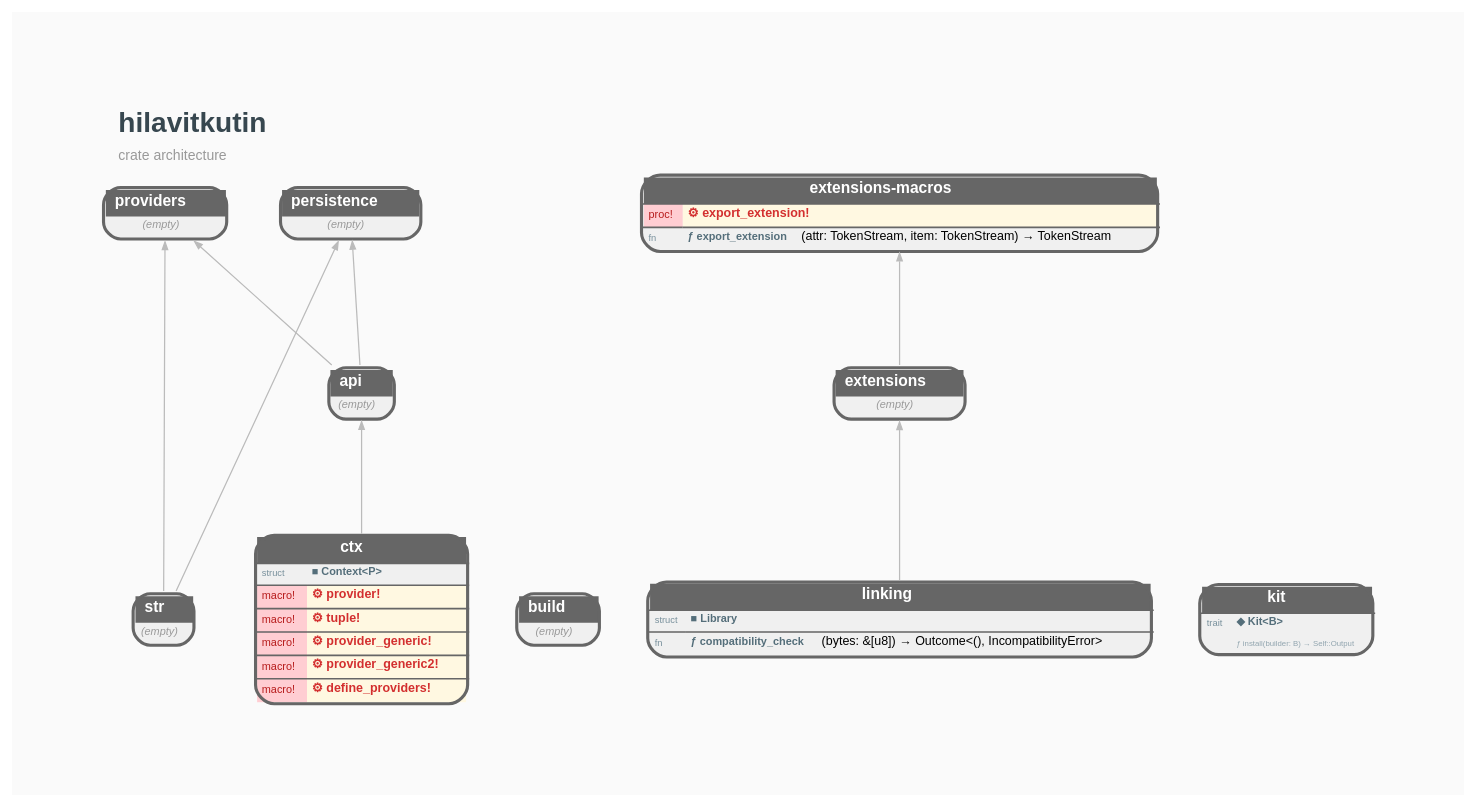
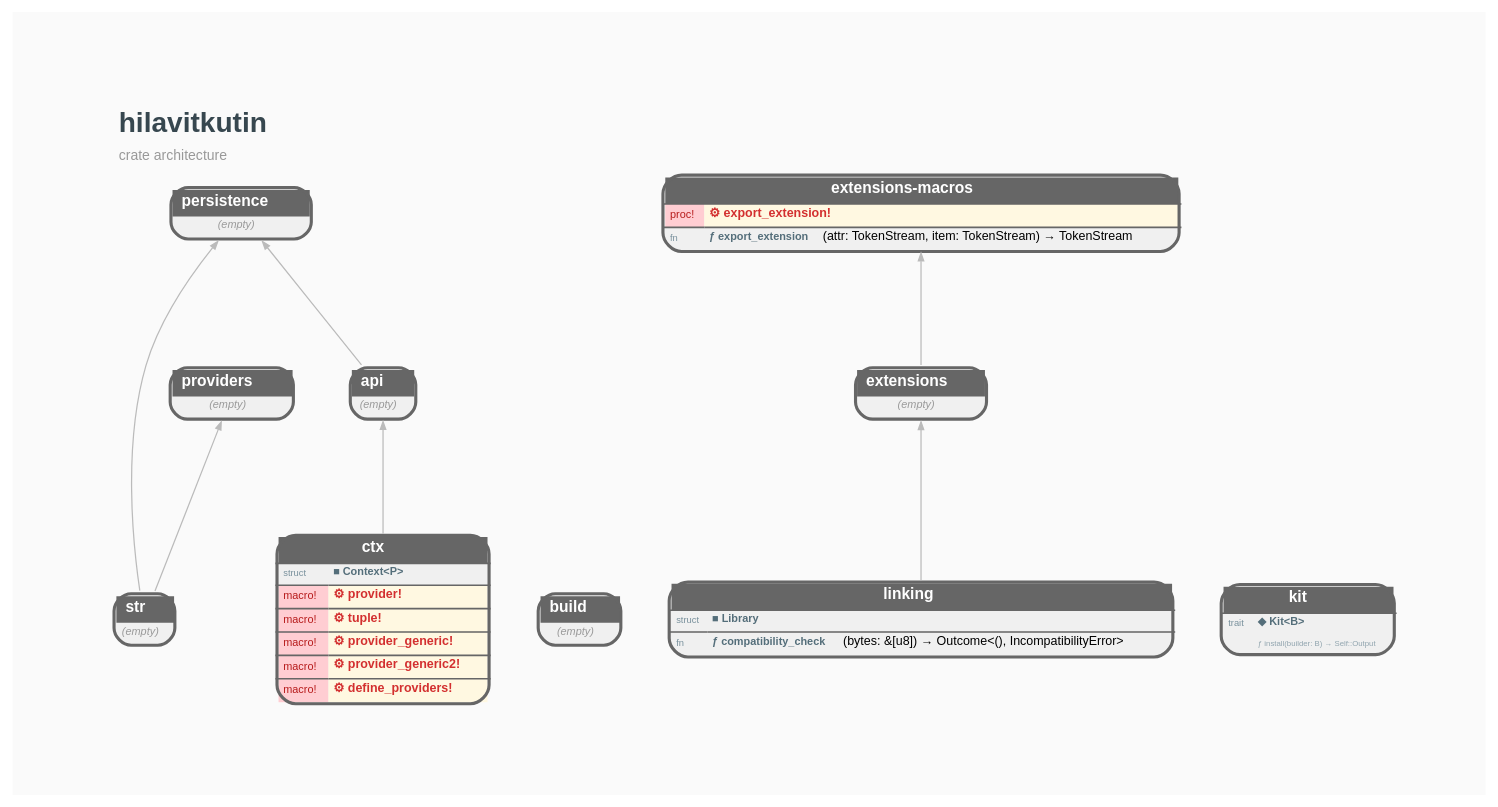
One commit to orgrinrt/hilavitkutin changed the diagram in docs/mock_crate_deps.dot. Above: the diagram before and after it, drawn with Graphviz. The commit also changed 28 other files, not shown here.

Commit message:
feat: hilavitkutin-providers v0.1 InternerKit + BuilderResource bridge (#329)

```diff
--- a/docs/mock_crate_deps.dot
+++ b/docs/mock_crate_deps.dot
@@ -1,45 +1,45 @@
 // AUTO-GENERATED — DO NOT EDIT DIRECTLY
 //
 // Generated by: mockspace (mock)
-// Generated at: 2026-05-04T13:49:11Z
+// Generated at: 2026-05-04T13:56:08Z
 // Source: mock/
 // To regenerate: cargo mock
 
 digraph hilavitkutin {
     rankdir=BT;
     newrank=true;
     bgcolor="#FAFAFA";
     graph [fontname="Helvetica", fontsize=10, pad=0.8, nodesep=0.4, ranksep=1.0];
     node [fontname="Helvetica", fontsize=8];
     edge [fontname="Helvetica", fontsize=7, color="#BBBBBB", arrowsize=0.5, penwidth=0.8];
 
     labelloc=t;
     labeljust=l;
     label=<<TABLE BORDER="0" CELLBORDER="0" CELLSPACING="0"><TR><TD ALIGN="LEFT"><FONT POINT-SIZE="18" COLOR="#37474F"><B>hilavitkutin</B></FONT></TD></TR><TR><TD ALIGN="LEFT"><FONT POINT-SIZE="9" COLOR="#999999">crate architecture</FONT></TD></TR></TABLE>>;
 
     hilavitkutin_api [shape=none, margin=0, label=<<TABLE BORDER="2" CELLBORDER="0" CELLSPACING="0" CELLPADDING="3" BGCOLOR="#F0F0F0" COLOR="#666666" STYLE="ROUNDED"><TR><TD COLSPAN="2" BGCOLOR="#666666" ALIGN="CENTER"><FONT COLOR="white" POINT-SIZE="10"><B>  api  </B></FONT></TD></TR><TR><TD COLSPAN="2"><FONT COLOR="#999999" POINT-SIZE="7"><I>(empty)</I></FONT></TD></TR></TABLE>>];
     hilavitkutin_build [shape=none, margin=0, label=<<TABLE BORDER="2" CELLBORDER="0" CELLSPACING="0" CELLPADDING="3" BGCOLOR="#F0F0F0" COLOR="#666666" STYLE="ROUNDED"><TR><TD COLSPAN="2" BGCOLOR="#666666" ALIGN="CENTER"><FONT COLOR="white" POINT-SIZE="10"><B>  build  </B></FONT></TD></TR><TR><TD COLSPAN="2"><FONT COLOR="#999999" POINT-SIZE="7"><I>(empty)</I></FONT></TD></TR></TABLE>>];
     hilavitkutin_ctx [shape=none, margin=0, label=<<TABLE BORDER="2" CELLBORDER="0" CELLSPACING="0" CELLPADDING="3" BGCOLOR="#F0F0F0" COLOR="#666666" STYLE="ROUNDED"><TR><TD COLSPAN="2" BGCOLOR="#666666" ALIGN="CENTER"><FONT COLOR="white" POINT-SIZE="10"><B>  ctx  </B></FONT></TD></TR><HR/><TR><TD ALIGN="LEFT"><FONT COLOR="#78909C" POINT-SIZE="6">struct</FONT></TD><TD ALIGN="LEFT" PORT="p_Context"><FONT COLOR="#546E7A" POINT-SIZE="7"><B>■ Context&lt;P&gt;</B></FONT></TD></TR><HR/><TR><TD ALIGN="LEFT" BGCOLOR="#FFCDD2"><FONT COLOR="#B71C1C" POINT-SIZE="7">macro!</FONT></TD><TD ALIGN="LEFT" BGCOLOR="#FFF8E1" PORT="p_provider"><FONT COLOR="#D32F2F"><B>⚙ provider!</B></FONT></TD></TR><HR/><TR><TD ALIGN="LEFT" BGCOLOR="#FFCDD2"><FONT COLOR="#B71C1C" POINT-SIZE="7">macro!</FONT></TD><TD ALIGN="LEFT" BGCOLOR="#FFF8E1" PORT="p_tuple"><FONT COLOR="#D32F2F"><B>⚙ tuple!</B></FONT></TD></TR><HR/><TR><TD ALIGN="LEFT" BGCOLOR="#FFCDD2"><FONT COLOR="#B71C1C" POINT-SIZE="7">macro!</FONT></TD><TD ALIGN="LEFT" BGCOLOR="#FFF8E1" PORT="p_provider_generic"><FONT COLOR="#D32F2F"><B>⚙ provider_generic!</B></FONT></TD></TR><HR/><TR><TD ALIGN="LEFT" BGCOLOR="#FFCDD2"><FONT COLOR="#B71C1C" POINT-SIZE="7">macro!</FONT></TD><TD ALIGN="LEFT" BGCOLOR="#FFF8E1" PORT="p_provider_generic2"><FONT COLOR="#D32F2F"><B>⚙ provider_generic2!</B></FONT></TD></TR><HR/><TR><TD ALIGN="LEFT" BGCOLOR="#FFCDD2"><FONT COLOR="#B71C1C" POINT-SIZE="7">macro!</FONT></TD><TD ALIGN="LEFT" BGCOLOR="#FFF8E1" PORT="p_define_providers"><FONT COLOR="#D32F2F"><B>⚙ define_providers!</B></FONT></TD></TR></TABLE>>];
     hilavitkutin_extensions [shape=none, margin=0, label=<<TABLE BORDER="2" CELLBORDER="0" CELLSPACING="0" CELLPADDING="3" BGCOLOR="#F0F0F0" COLOR="#666666" STYLE="ROUNDED"><TR><TD COLSPAN="2" BGCOLOR="#666666" ALIGN="CENTER"><FONT COLOR="white" POINT-SIZE="10"><B>  extensions  </B></FONT></TD></TR><TR><TD COLSPAN="2"><FONT COLOR="#999999" POINT-SIZE="7"><I>(empty)</I></FONT></TD></TR></TABLE>>];
     hilavitkutin_extensions_macros [shape=none, margin=0, label=<<TABLE BORDER="2" CELLBORDER="0" CELLSPACING="0" CELLPADDING="3" BGCOLOR="#F0F0F0" COLOR="#666666" STYLE="ROUNDED"><TR><TD COLSPAN="2" BGCOLOR="#666666" ALIGN="CENTER"><FONT COLOR="white" POINT-SIZE="10"><B>  extensions-macros  </B></FONT></TD></TR><HR/><TR><TD ALIGN="LEFT" BGCOLOR="#FFCDD2"><FONT COLOR="#B71C1C" POINT-SIZE="7">proc!</FONT></TD><TD ALIGN="LEFT" BGCOLOR="#FFF8E1" PORT="p_export_extension"><FONT COLOR="#D32F2F"><B>⚙ export_extension!</B></FONT></TD></TR><HR/><TR><TD ALIGN="LEFT"><FONT COLOR="#78909C" POINT-SIZE="6">fn</FONT></TD><TD ALIGN="LEFT" PORT="p_export_extension"><FONT COLOR="#546E7A" POINT-SIZE="7"><B>ƒ export_extension</B></FONT>(attr: TokenStream, item: TokenStream) → TokenStream</TD></TR></TABLE>>];
     hilavitkutin_kit [shape=none, margin=0, label=<<TABLE BORDER="2" CELLBORDER="0" CELLSPACING="0" CELLPADDING="3" BGCOLOR="#F0F0F0" COLOR="#666666" STYLE="ROUNDED"><TR><TD COLSPAN="2" BGCOLOR="#666666" ALIGN="CENTER"><FONT COLOR="white" POINT-SIZE="10"><B>  kit  </B></FONT></TD></TR><HR/><TR><TD ALIGN="LEFT"><FONT COLOR="#78909C" POINT-SIZE="6">trait</FONT></TD><TD ALIGN="LEFT" PORT="p_Kit"><FONT COLOR="#546E7A" POINT-SIZE="7"><B>◆ Kit&lt;B&gt;</B></FONT></TD></TR><TR><TD></TD><TD ALIGN="LEFT"><FONT COLOR="#90A4AE" POINT-SIZE="5">ƒ install(builder: B) → Self::Output</FONT></TD></TR></TABLE>>];
     hilavitkutin_linking [shape=none, margin=0, label=<<TABLE BORDER="2" CELLBORDER="0" CELLSPACING="0" CELLPADDING="3" BGCOLOR="#F0F0F0" COLOR="#666666" STYLE="ROUNDED"><TR><TD COLSPAN="2" BGCOLOR="#666666" ALIGN="CENTER"><FONT COLOR="white" POINT-SIZE="10"><B>  linking  </B></FONT></TD></TR><HR/><TR><TD ALIGN="LEFT"><FONT COLOR="#78909C" POINT-SIZE="6">struct</FONT></TD><TD ALIGN="LEFT" PORT="p_Library"><FONT COLOR="#546E7A" POINT-SIZE="7"><B>■ Library</B></FONT></TD></TR><HR/><TR><TD ALIGN="LEFT"><FONT COLOR="#78909C" POINT-SIZE="6">fn</FONT></TD><TD ALIGN="LEFT" PORT="p_compatibility_check"><FONT COLOR="#546E7A" POINT-SIZE="7"><B>ƒ compatibility_check</B></FONT>(bytes: &amp;[u8]) → Outcome&lt;(), IncompatibilityError&gt;</TD></TR></TABLE>>];
     hilavitkutin_persistence [shape=none, margin=0, label=<<TABLE BORDER="2" CELLBORDER="0" CELLSPACING="0" CELLPADDING="3" BGCOLOR="#F0F0F0" COLOR="#666666" STYLE="ROUNDED"><TR><TD COLSPAN="2" BGCOLOR="#666666" ALIGN="CENTER"><FONT COLOR="white" POINT-SIZE="10"><B>  persistence  </B></FONT></TD></TR><TR><TD COLSPAN="2"><FONT COLOR="#999999" POINT-SIZE="7"><I>(empty)</I></FONT></TD></TR></TABLE>>];
     hilavitkutin_providers [shape=none, margin=0, label=<<TABLE BORDER="2" CELLBORDER="0" CELLSPACING="0" CELLPADDING="3" BGCOLOR="#F0F0F0" COLOR="#666666" STYLE="ROUNDED"><TR><TD COLSPAN="2" BGCOLOR="#666666" ALIGN="CENTER"><FONT COLOR="white" POINT-SIZE="10"><B>  providers  </B></FONT></TD></TR><TR><TD COLSPAN="2"><FONT COLOR="#999999" POINT-SIZE="7"><I>(empty)</I></FONT></TD></TR></TABLE>>];
     hilavitkutin_str [shape=none, margin=0, label=<<TABLE BORDER="2" CELLBORDER="0" CELLSPACING="0" CELLPADDING="3" BGCOLOR="#F0F0F0" COLOR="#666666" STYLE="ROUNDED"><TR><TD COLSPAN="2" BGCOLOR="#666666" ALIGN="CENTER"><FONT COLOR="white" POINT-SIZE="10"><B>  str  </B></FONT></TD></TR><TR><TD COLSPAN="2"><FONT COLOR="#999999" POINT-SIZE="7"><I>(empty)</I></FONT></TD></TR></TABLE>>];
 
     { rank=same; hilavitkutin_build; hilavitkutin_ctx; hilavitkutin_kit; hilavitkutin_linking; hilavitkutin_str; } // depth 0
     { rank=same; hilavitkutin_api; hilavitkutin_extensions; } // depth 1
-    { rank=same; hilavitkutin_extensions_macros; hilavitkutin_persistence; hilavitkutin_providers; } // depth 2
+    { rank=same; hilavitkutin_extensions_macros; hilavitkutin_persistence; } // depth 2
+    { rank=same; hilavitkutin_providers; } // depth 3
 
 
     // Dependency edges (transitively reduced)
     hilavitkutin_ctx -> hilavitkutin_api;
     hilavitkutin_linking -> hilavitkutin_extensions;
     hilavitkutin_extensions -> hilavitkutin_extensions_macros;
     hilavitkutin_str -> hilavitkutin_persistence;
     hilavitkutin_api -> hilavitkutin_persistence;
-    hilavitkutin_api -> hilavitkutin_providers;
     hilavitkutin_str -> hilavitkutin_providers;
 
 }
```
